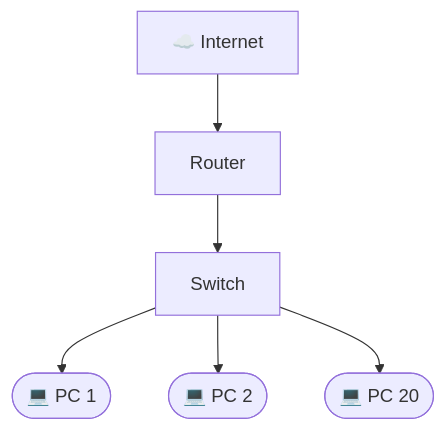
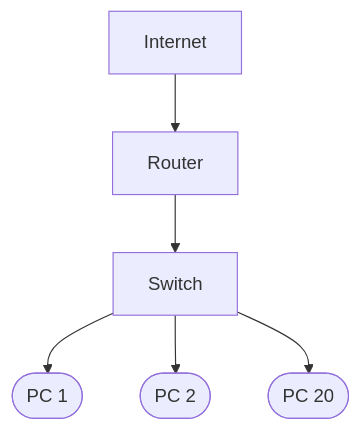
Before and after one commit to mvvillanueva1706-lgtm/Taller-de-Redes-TP-3: the diagram in Trabajo Práctico N°3.md, drawn with Mermaid.

Commit message:
Refine flowchart labels in Trabajo Práctico N°3
Updated labels in flowchart for clarity.

````diff
--- a/Trabajo Práctico N°3.md
+++ b/Trabajo Práctico N°3.md
@@ -54,9 +54,9 @@
 ```mermaid
 flowchart TD
-    A[☁️ Internet] --> B[Router]
+    A[Internet] --> B[Router]
     B --> C[Switch]
 
-    C --> PC1([💻 PC 1])
-    C --> PC2([💻 PC 2])
-    C --> PC20([💻 PC 20])
+    C --> PC1([PC 1])
+    C --> PC2([PC 2])
+    C --> PC20([PC 20])
 ```
````
